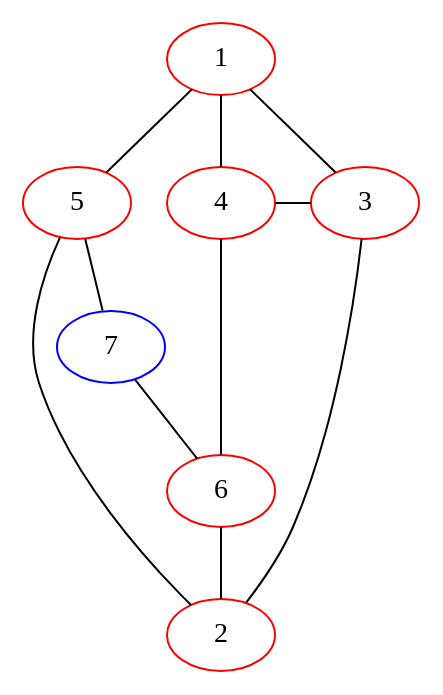
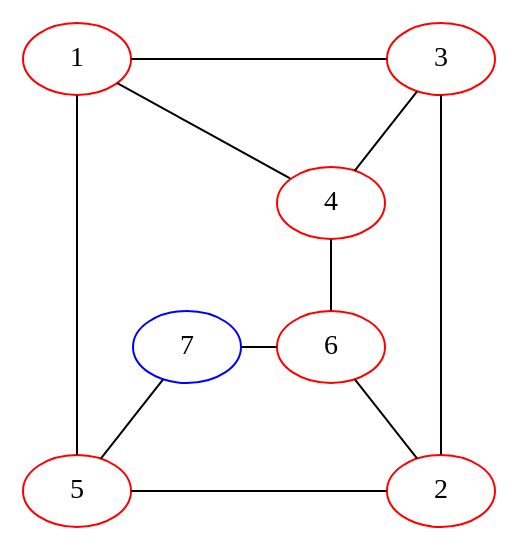
One commit to bilboquet/gamelib changed the diagram in sprouts/111111.dot. Above: the diagram before and after it, drawn with Graphviz. The commit also changed 29 other files, not shown here.

```diff
--- a/sprouts/111111.dot
+++ b/sprouts/111111.dot
@@ -1,25 +1,34 @@
 graph {
-  5;
-  1 -- 4 -- 6 -- 2 [weight=100];
-  1 -- 3 -- 2;
+
+  1 -- 4 -- 6 -- 2 ;
+  1 -- 3;
+  3 -- 2 [weight=4];
   4 -- 3;
-  1 -- 5 -- 2;
+  1 -- 5 [weight=4];
+  5 -- 2;
   5 -- 7 -- 6;
 
+ {
+    rank="same";
+    1;
+    3;
+
+  }
+
+{rank=same 6 7}
   {
-    rank="same";
-    3;
-    4;
+    rank="max";
+    2;
     5;
 
   }
 
   1 [color="red"];
   2 [color="red"];
   3 [color="red"];
   4 [color="red"];
   5 [color="red"];
   6 [color="red"];
   7 [color="blue"];
 
 }
```
